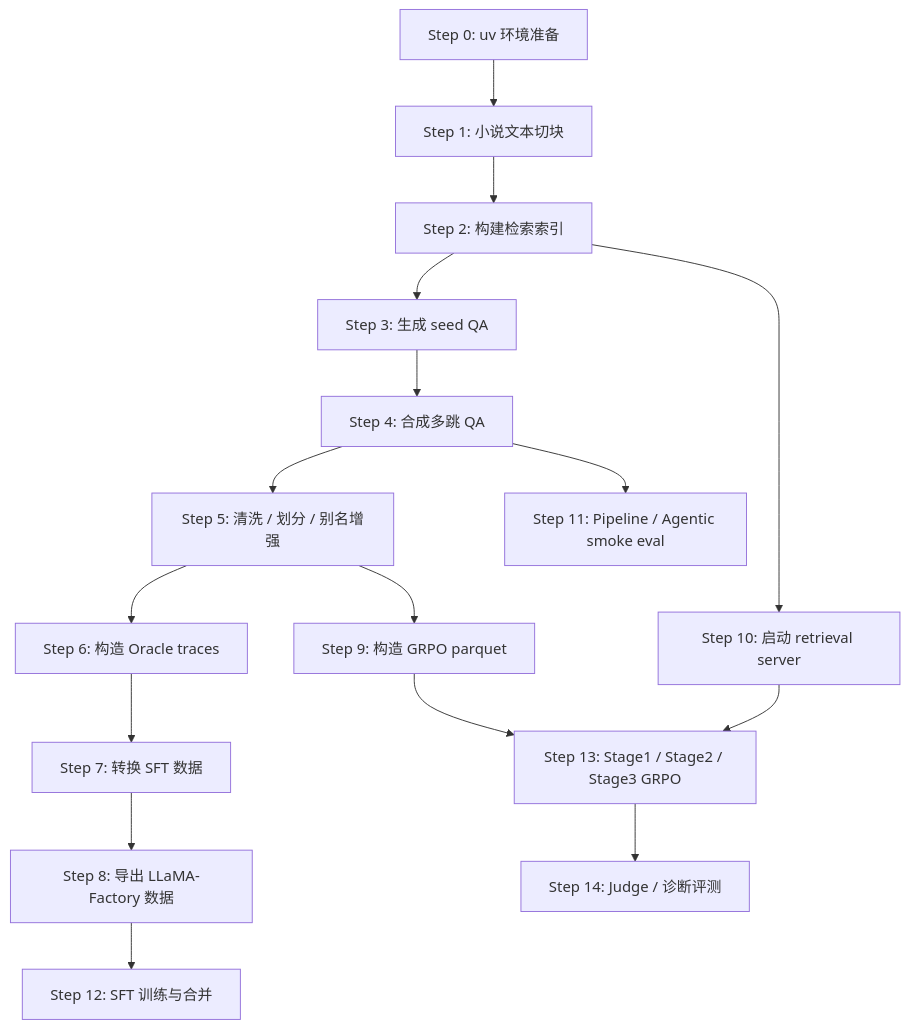
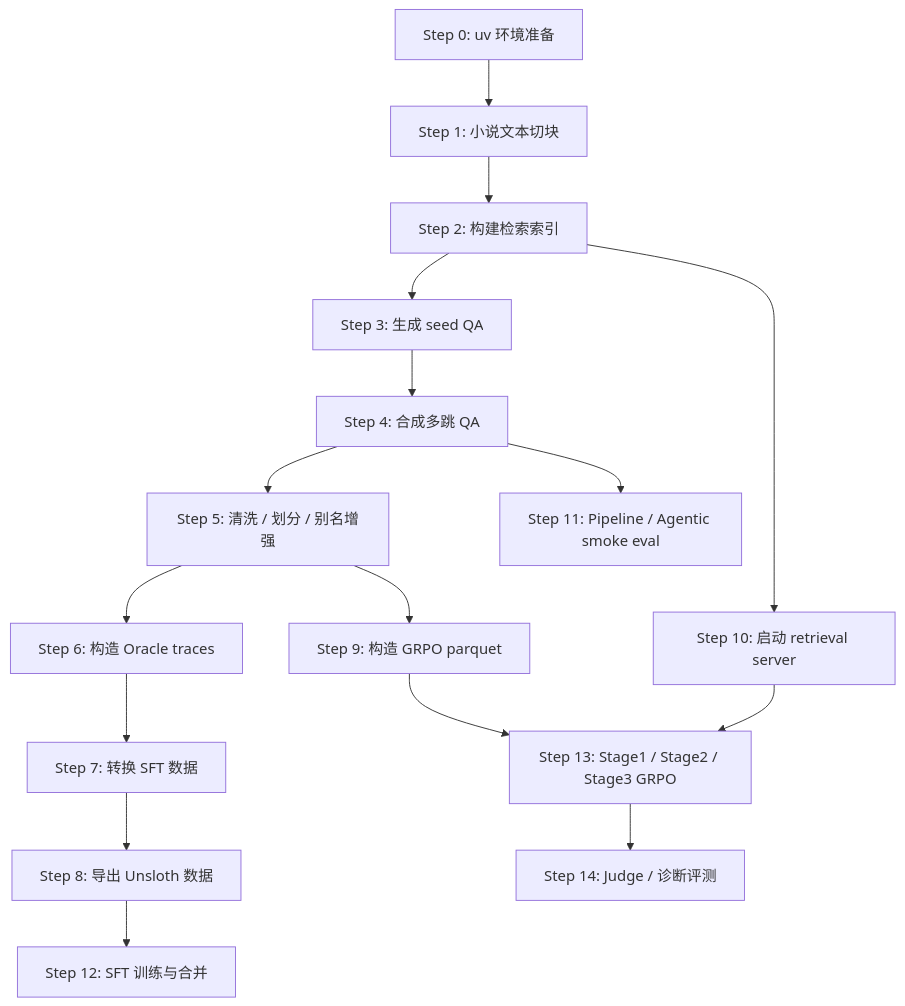
The first of 16 diagrams in demo/README.md (Lafinger/AgenticRAG-RL), drawn with Mermaid before and after one commit. The commit also changed other lines of this file and 34 other files, not shown here.

Commit message:
LLaMAFactory 到 Unsloth 迁移

````diff
--- a/demo/README.md
+++ b/demo/README.md
@@ -39,18 +38,18 @@
 ```mermaid
 flowchart TD
     A["Step 0: uv 环境准备"] --> B["Step 1: 小说文本切块"]
     B --> C["Step 2: 构建检索索引"]
     C --> D["Step 3: 生成 seed QA"]
     D --> E["Step 4: 合成多跳 QA"]
     E --> F["Step 5: 清洗 / 划分 / 别名增强"]
     F --> G["Step 6: 构造 Oracle traces"]
     G --> H["Step 7: 转换 SFT 数据"]
-    H --> I["Step 8: 导出 LLaMA-Factory 数据"]
+    H --> I["Step 8: 导出 Unsloth 数据"]
     F --> J["Step 9: 构造 GRPO parquet"]
     C --> K["Step 10: 启动 retrieval server"]
     E --> L["Step 11: Pipeline / Agentic smoke eval"]
     I --> M["Step 12: SFT 训练与合并"]
     J --> N["Step 13: Stage1 / Stage2 / Stage3 GRPO"]
     K --> N
     N --> O["Step 14: Judge / 诊断评测"]
 ```
````
